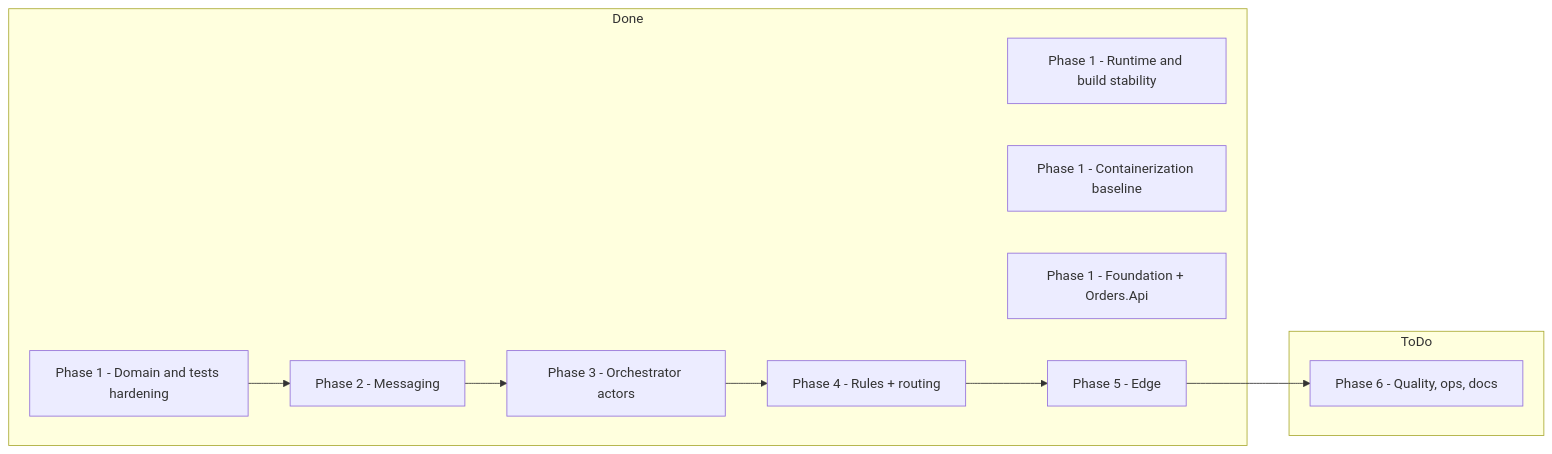
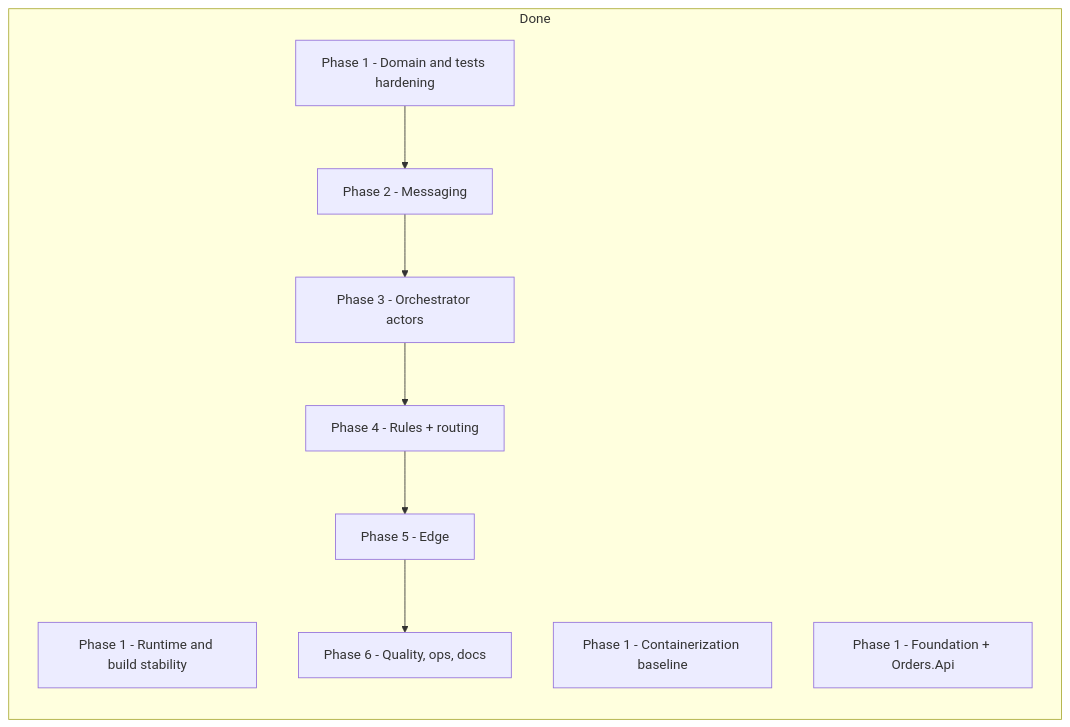
Before and after one commit to tdutra-dev/intralogistics-orchestrator: the third of 3 diagrams in README.md, drawn with Mermaid. The commit also changed other lines of this file and 2 other files, not shown here.

Commit message:
docs(phase6): finalize roadmap and operational recap

````diff
--- a/README.md
+++ b/README.md
@@ -97,19 +97,16 @@
 ```mermaid
 flowchart LR
    subgraph Done
       D1[Phase 1 - Runtime and build stability]
       D2[Phase 1 - Containerization baseline]
       D3[Phase 1 - Foundation + Orders.Api]
       D4[Phase 1 - Domain and tests hardening]
       D5[Phase 2 - Messaging]
       D6[Phase 3 - Orchestrator actors]
       D7[Phase 4 - Rules + routing]
       D8[Phase 5 - Edge]
+      D9[Phase 6 - Quality, ops, docs]
    end
 
-   subgraph ToDo
-      T6[Phase 6 - Quality, ops, docs]
-   end
-
-   D4 --> D5 --> D6 --> D7 --> D8 --> T6
+   D4 --> D5 --> D6 --> D7 --> D8 --> D9
 ```
````
